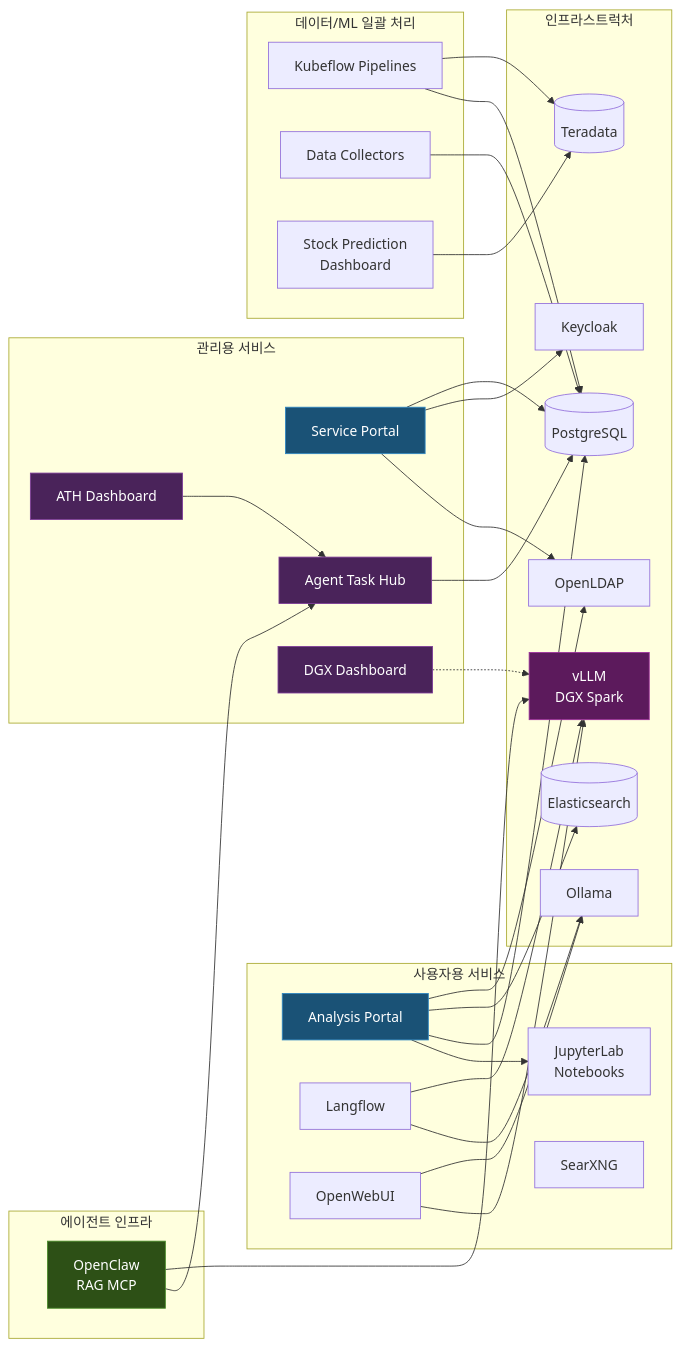
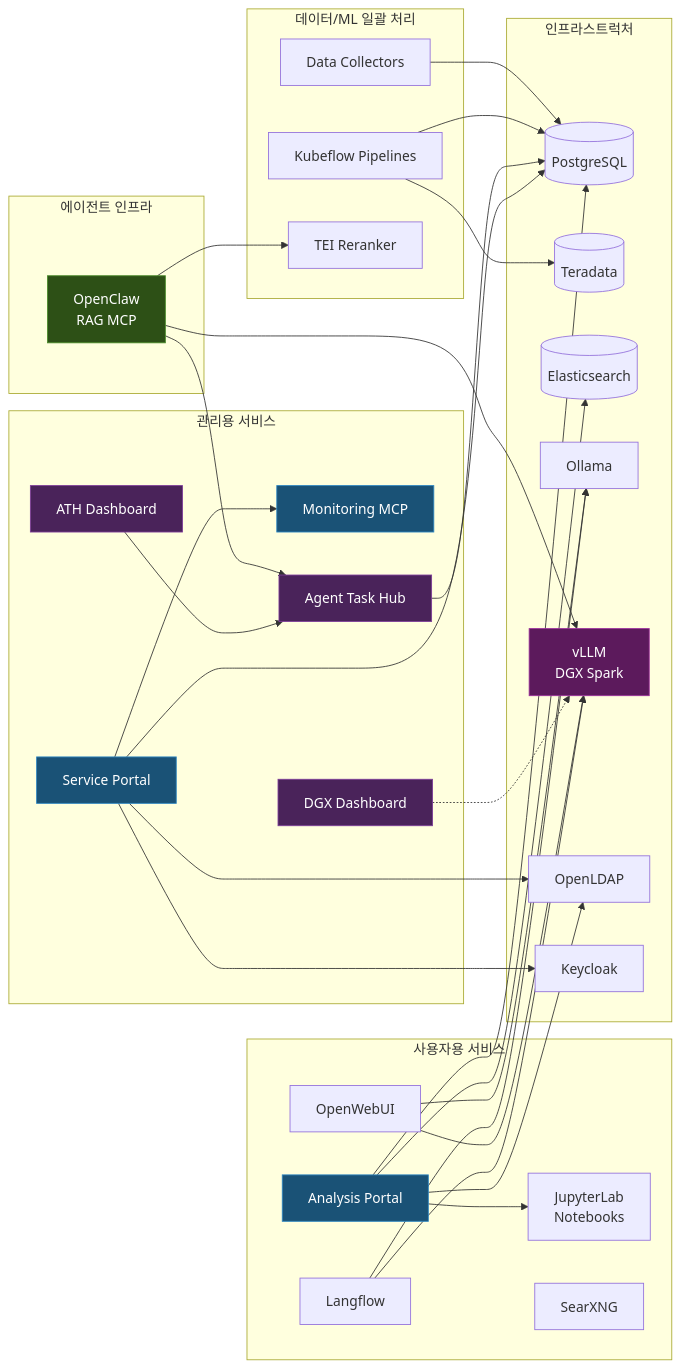
Before and after one commit to whguswka/whguswka.github.io: the diagram in _posts/2026-03-25-home-lab-services.md, drawn with Mermaid. The commit also changed other lines of this file and 6 other files, not shown here.

````diff
--- a/_posts/2026-03-25-home-lab-services.md
+++ b/_posts/2026-03-25-home-lab-services.md
@@ -182,66 +204,69 @@
 ```mermaid
 graph LR
     subgraph UserServices["사용자용 서비스"]
         AP[Analysis Portal]
         JL[JupyterLab<br/>Notebooks]
         LF[Langflow]
         OW[OpenWebUI]
         SX[SearXNG]
     end
 
     subgraph AdminServices["관리용 서비스"]
         SP[Service Portal]
+        MON[Monitoring MCP]
         ATH[Agent Task Hub]
         ATHD[ATH Dashboard]
         DGXD[DGX Dashboard]
     end
 
     subgraph DataML["데이터/ML 일괄 처리"]
         KFP[Kubeflow Pipelines]
         COL[Data Collectors]
-        STK[Stock Prediction<br/>Dashboard]
+        RRK[TEI Reranker]
     end
 
     subgraph AgentInfra["에이전트 인프라"]
         RAGMCP[OpenClaw<br/>RAG MCP]
     end
 
     subgraph Infra["인프라스트럭처"]
         PG[(PostgreSQL)]
         TD[(Teradata)]
         ES[(Elasticsearch)]
         OL[Ollama]
         VLLM[vLLM<br/>DGX Spark]
         LDAP[OpenLDAP]
         KC[Keycloak]
     end
 
     AP --> JL
     AP --> PG
     AP --> ES
     AP --> LDAP
     LF --> OL
     LF --> VLLM
     OW --> VLLM
     OW --> OL
     SP --> LDAP
     SP --> KC
     SP --> PG
+    SP --> MON
     ATH --> PG
     ATHD --> ATH
     DGXD -.-> VLLM
     RAGMCP --> ATH
     RAGMCP --> VLLM
+    RAGMCP --> RRK
     KFP --> PG
     KFP --> TD
     COL --> PG
-    STK --> TD
 
     style AP fill:#1a5276,stroke:#2e86c1,color:#fff
     style SP fill:#1a5276,stroke:#2e86c1,color:#fff
+    style MON fill:#1a5276,stroke:#2e86c1,color:#fff
     style ATH fill:#4a235a,stroke:#7d3c98,color:#fff
     style ATHD fill:#4a235a,stroke:#7d3c98,color:#fff
     style DGXD fill:#4a235a,stroke:#7d3c98,color:#fff
     style VLLM fill:#5c1a5c,stroke:#9b2d9b,color:#fff
     style RAGMCP fill:#2d5016,stroke:#4a8c2a,color:#fff
 ```
````
